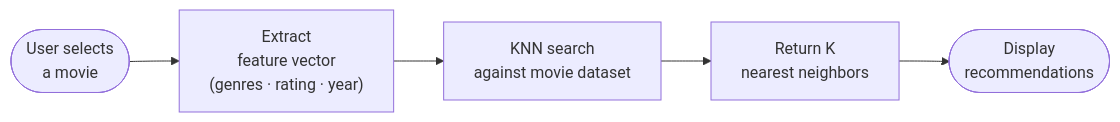
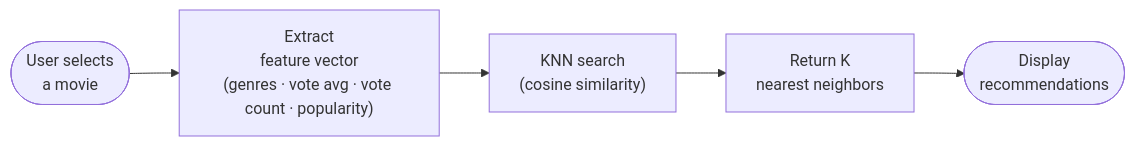
The first of 2 diagrams in docs/project-overview.md (P-py/watchToNext), drawn with Mermaid before and after one commit. The commit also changed other lines of this file and 4 other files, not shown here.

````diff
--- a/docs/project-overview.md
+++ b/docs/project-overview.md
@@ -27,7 +27,7 @@
 ```mermaid
 flowchart LR
-  A(["User selects\na movie"]) --> B["Extract\nfeature vector\n(genres · rating · year)"]
-  B --> C["KNN search\nagainst movie dataset"]
+  A(["User selects\na movie"]) --> B["Extract\nfeature vector\n(genres · vote avg · vote count · popularity)"]
+  B --> C["KNN search\n(cosine similarity)"]
   C --> D["Return K\nnearest neighbors"]
   D --> E(["Display\nrecommendations"])
 ```
````
